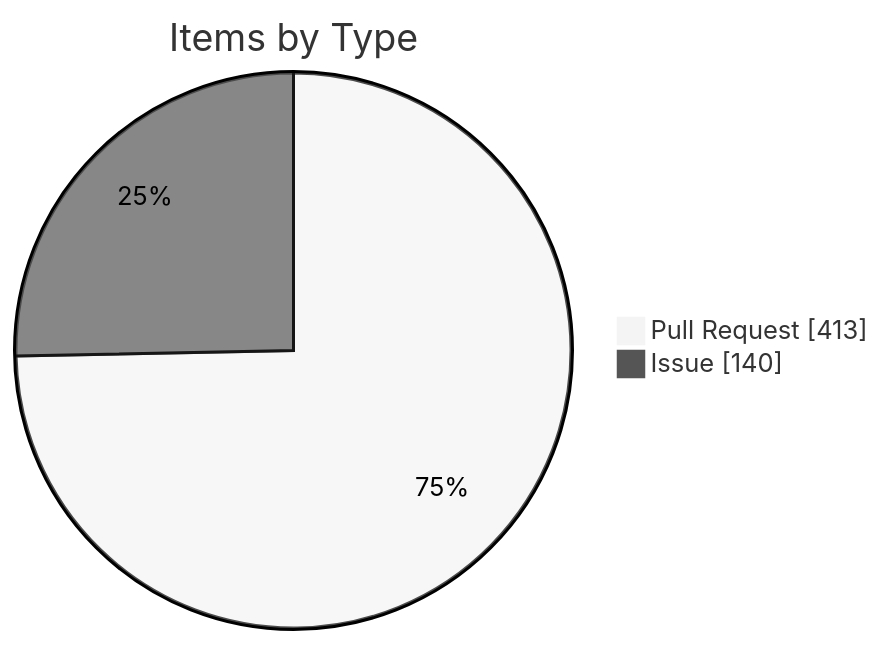
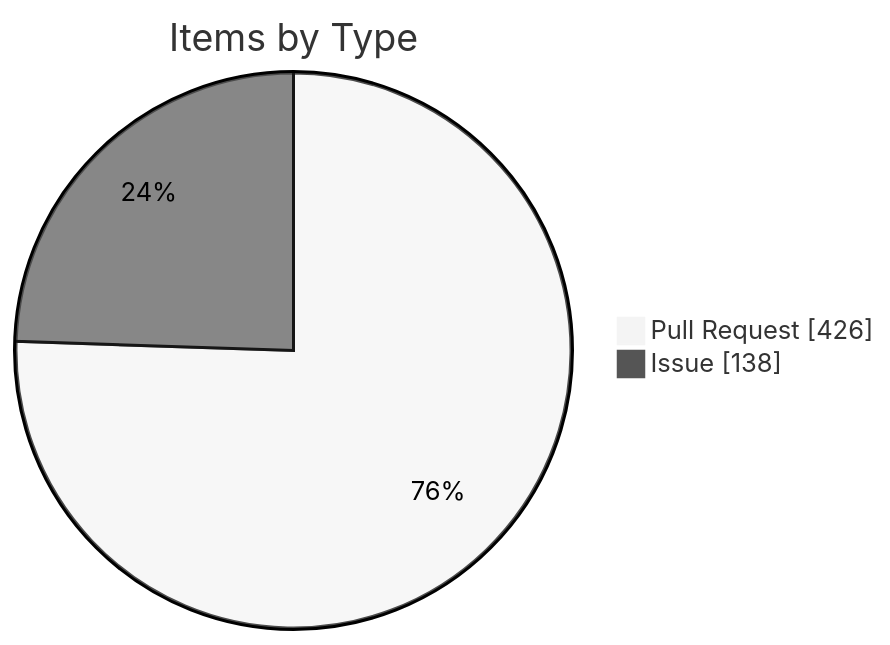
The fourth of 4 diagrams in apps/kbve/astro-kbve/src/content/docs/dashboard/kanban-data.mdx (KBVE/kbve), drawn with Mermaid (neutral theme) before and after one commit. The commit also changed other lines of this file and 2 other files, not shown here.

````diff
--- a/apps/kbve/astro-kbve/src/content/docs/dashboard/kanban-data.mdx
+++ b/apps/kbve/astro-kbve/src/content/docs/dashboard/kanban-data.mdx
@@ -246,6 +246,6 @@
 ```mermaid
 pie showData
     title Items by Type
-    "Pull Request" : 413
-    "Issue" : 140
+    "Pull Request" : 426
+    "Issue" : 138
 ```
````
